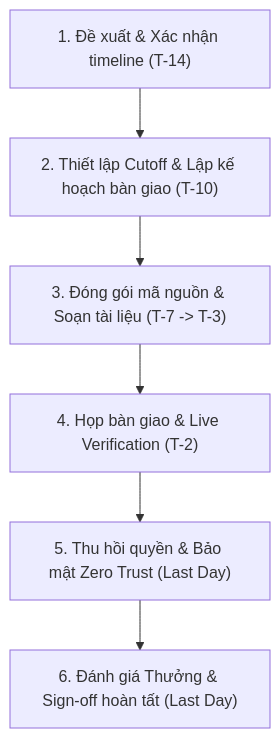
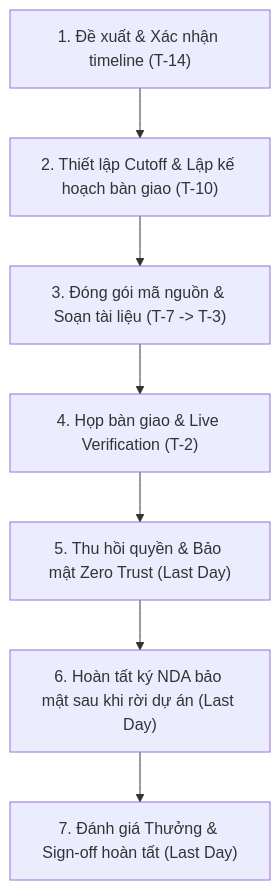
The diagram in 05-product-owner/po-project-leave/po-project-leave-process.md (Cyberk-Official/handbooks), drawn with Mermaid before and after one commit. The commit also changed other lines of this file and 5 other files, not shown here.

Commit message:
add: quy trình off-boarding developer và yêu cầu ký NDA

````diff
--- a/05-product-owner/po-project-leave/po-project-leave-process.md
+++ b/05-product-owner/po-project-leave/po-project-leave-process.md
@@ -31,8 +31,9 @@
 ```mermaid
 flowchart TD
     A["1. Đề xuất & Xác nhận timeline (T-14)"] --> B["2. Thiết lập Cutoff & Lập kế hoạch bàn giao (T-10)"]
     B --> C["3. Đóng gói mã nguồn & Soạn tài liệu (T-7 -> T-3)"]
     C --> D["4. Họp bàn giao & Live Verification (T-2)"]
     D --> E["5. Thu hồi quyền & Bảo mật Zero Trust (Last Day)"]
-    E --> F["6. Đánh giá Thưởng & Sign-off hoàn tất (Last Day)"]
+    E --> N["6. Hoàn tất ký NDA bảo mật sau khi rời dự án (Last Day)"]
+    N --> F["7. Đánh giá Thưởng & Sign-off hoàn tất (Last Day)"]
 ```
````
